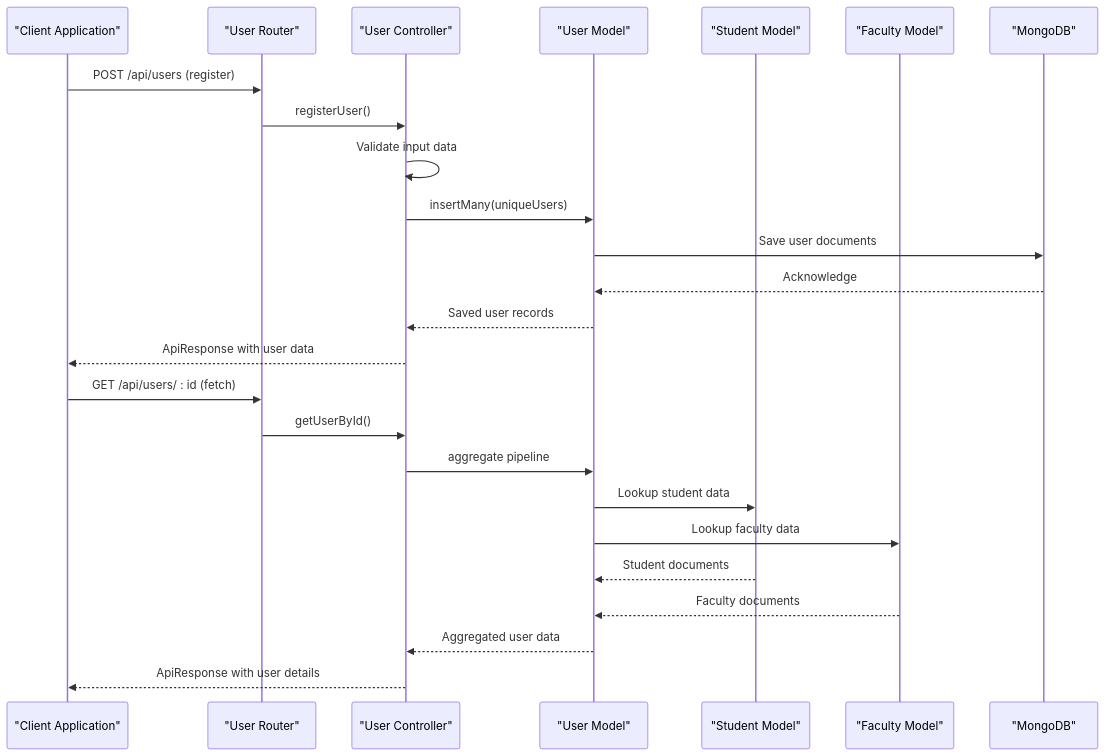
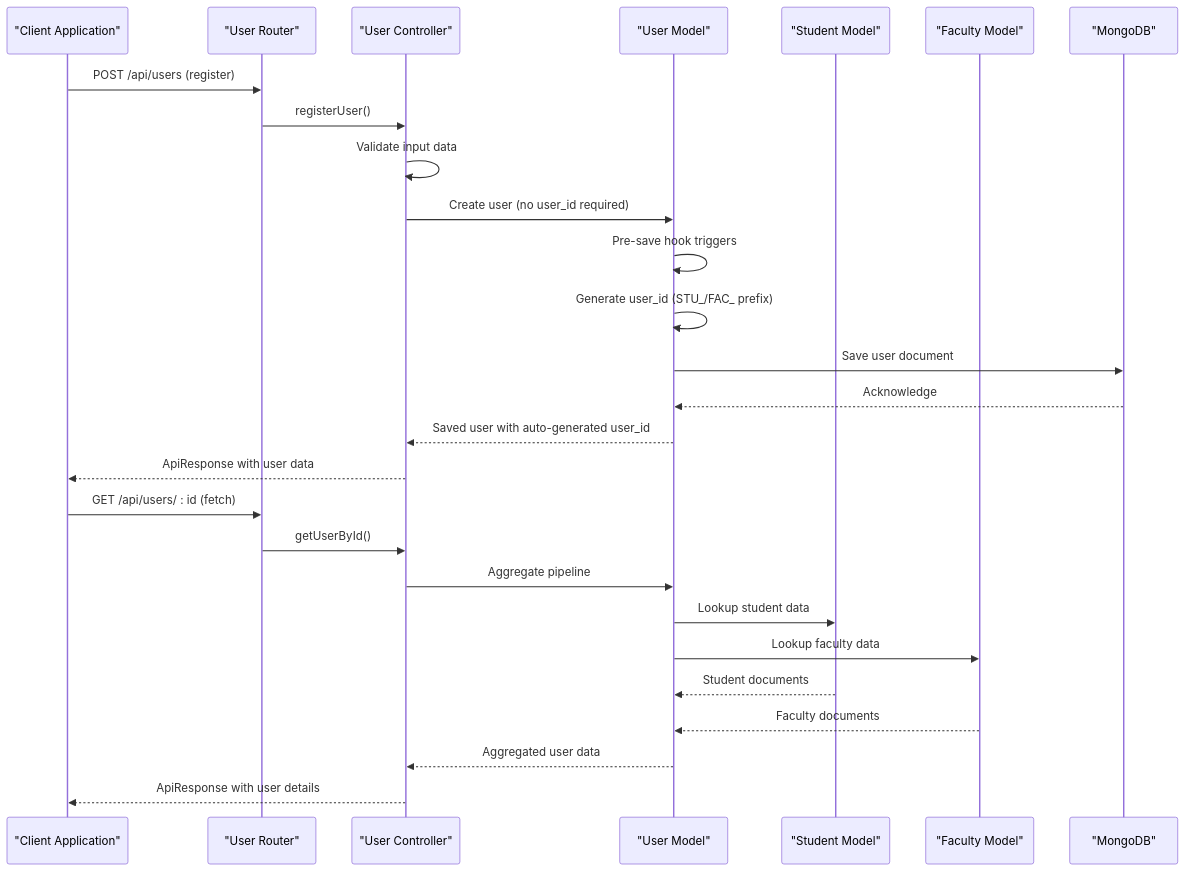
The third of 9 diagrams in .qoder/repowiki/en/content/Data Models & Database Schema/Core User Model.md (Aryan9060/Timetable-Project), drawn with Mermaid before and after one commit. The commit also changed other lines of this file and 21 other files, not shown here.

````diff
--- a/.qoder/repowiki/en/content/Data Models & Database Schema/Core User Model.md
+++ b/.qoder/repowiki/en/content/Data Models & Database Schema/Core User Model.md
@@ -155,27 +165,29 @@
 ```mermaid
 sequenceDiagram
 participant Client as "Client Application"
 participant Router as "User Router"
 participant Controller as "User Controller"
 participant Model as "User Model"
 participant Student as "Student Model"
 participant Faculty as "Faculty Model"
 participant DB as "MongoDB"
 Client->>Router : POST /api/users (register)
 Router->>Controller : registerUser()
 Controller->>Controller : Validate input data
-Controller->>Model : insertMany(uniqueUsers)
-Model->>DB : Save user documents
+Controller->>Model : Create user (no user_id required)
+Model->>Model : Pre-save hook triggers
+Model->>Model : Generate user_id (STU_/FAC_ prefix)
+Model->>DB : Save user document
 DB-->>Model : Acknowledge
-Model-->>Controller : Saved user records
+Model-->>Controller : Saved user with auto-generated user_id
 Controller-->>Client : ApiResponse with user data
 Client->>Router : GET /api/users/ : id (fetch)
 Router->>Controller : getUserById()
-Controller->>Model : aggregate pipeline
+Controller->>Model : Aggregate pipeline
 Model->>Student : Lookup student data
 Model->>Faculty : Lookup faculty data
 Student-->>Model : Student documents
 Faculty-->>Model : Faculty documents
 Model-->>Controller : Aggregated user data
 Controller-->>Client : ApiResponse with user details
 ```
````
